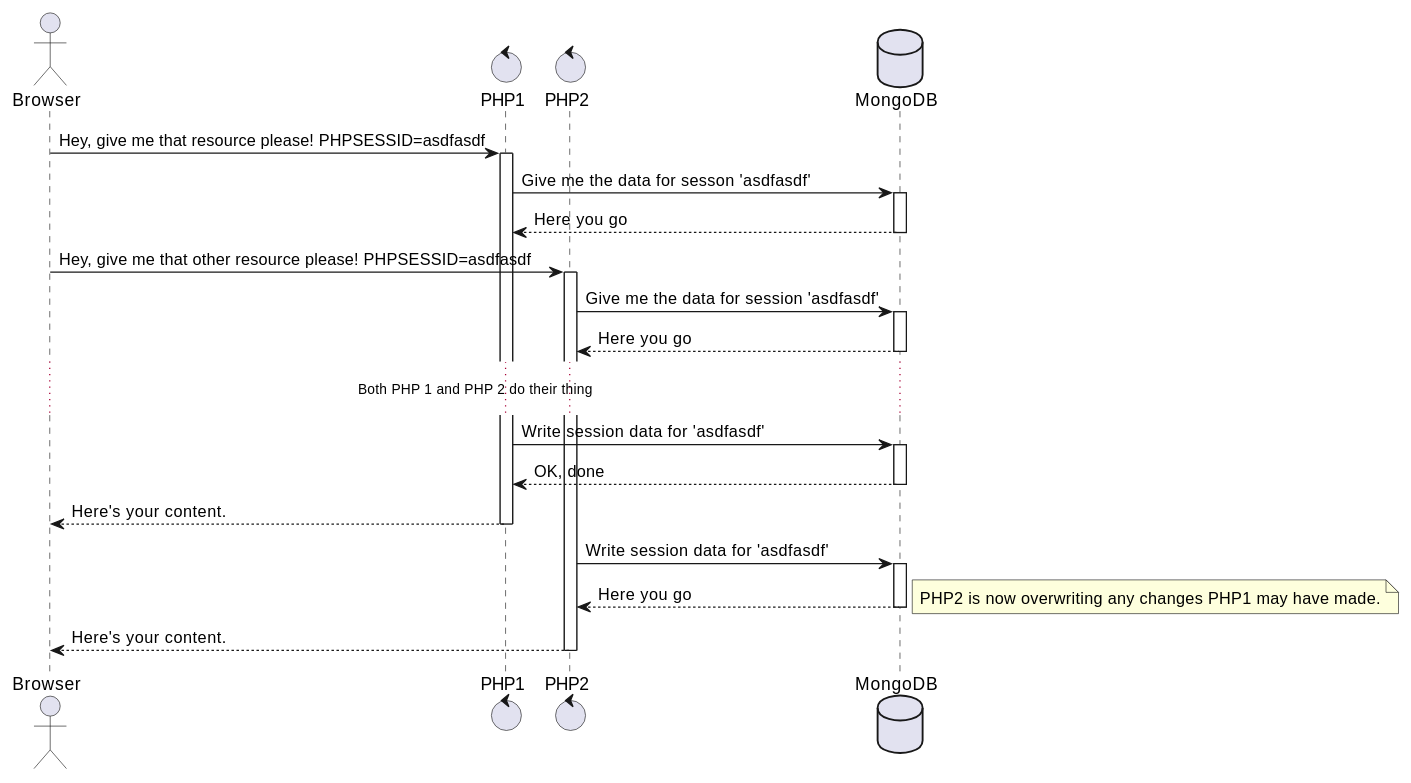
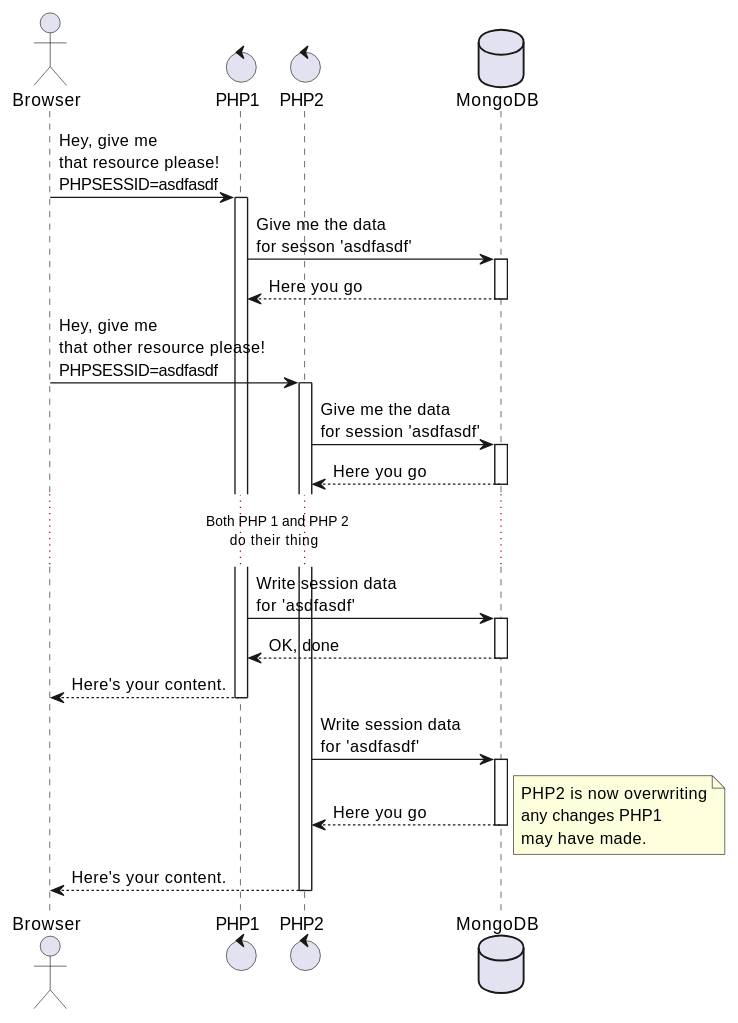
The fourth of 4 diagrams in _posts/2018-01-25-stop-using-php-sessions.md (Moniter123/build-cdn), drawn with PlantUML before and after one commit. The commit also changed other lines of this file and 25 other files, not shown here.

```diff
--- a/_posts/2018-01-25-stop-using-php-sessions.md
+++ b/_posts/2018-01-25-stop-using-php-sessions.md
@@ -198,34 +198,34 @@
 {% plantuml %}
 @startuml
 actor Browser
 control PHP1
 control PHP2
 database MongoDB
-Browser -> PHP1: Hey, give me that resource please! PHPSESSID=asdfasdf
+Browser -> PHP1: Hey, give me\nthat resource please!\nPHPSESSID=asdfasdf
 Activate PHP1
-PHP1 -> MongoDB: Give me the data for sesson 'asdfasdf'
+PHP1 -> MongoDB: Give me the data\nfor sesson 'asdfasdf'
 Activate MongoDB
 PHP1 <-- MongoDB: Here you go
 Deactivate MongoDB
-Browser -> PHP2: Hey, give me that other resource please! PHPSESSID=asdfasdf
+Browser -> PHP2: Hey, give me\nthat other resource please!\nPHPSESSID=asdfasdf
 Activate PHP2
-PHP2 -> MongoDB: Give me the data for session 'asdfasdf'
+PHP2 -> MongoDB: Give me the data\nfor session 'asdfasdf'
 Activate MongoDB
 PHP2 <-- MongoDB: Here you go
 Deactivate MongoDB
-... Both PHP 1 and PHP 2 do their thing ...
-PHP1 -> MongoDB: Write session data for 'asdfasdf'
+... Both PHP 1 and PHP 2\ndo their thing ...
+PHP1 -> MongoDB: Write session data\nfor 'asdfasdf'
 Activate MongoDB
 PHP1 <-- MongoDB: OK, done
 Deactivate MongoDB
 Browser <-- PHP1: Here's your content.
 Deactivate PHP1
-PHP2 -> MongoDB: Write session data for 'asdfasdf'
+PHP2 -> MongoDB: Write session data\nfor 'asdfasdf'
 Activate MongoDB
 PHP2 <-- MongoDB: Here you go
-note right: PHP2 is now overwriting any changes PHP1 may have made.
+note right: PHP2 is now overwriting\nany changes PHP1\nmay have made.
 Deactivate MongoDB
 Browser <-- PHP2: Here's your content.
 Deactivate PHP2
 @enduml
 {% endplantuml %}
```
